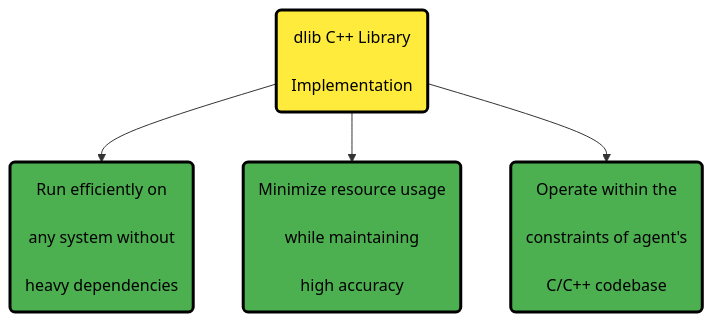
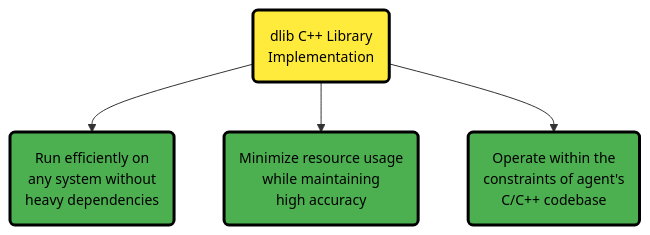
One commit to netdata/netdata changed the first of 3 diagrams in src/ml/ml-configuration.md. Above: the diagram before and after it, drawn with Mermaid. The commit also changed other lines of this file and 21 other files, not shown here.

Commit message:
Fix Mermaid diagrams across multiple files

````diff
--- a/src/ml/ml-configuration.md
+++ b/src/ml/ml-configuration.md
@@ -20,21 +20,22 @@
 ```mermaid
 flowchart TD
-    Dlib("dlib C++ Library<br/><br/>Implementation")
+    Dlib("dlib C++ Library<br/>Implementation")
     
-    Efficiency("Run efficiently on<br/><br/>any system without<br/><br/>heavy dependencies")
-    Resources("Minimize resource usage<br/><br/>while maintaining<br/><br/>high accuracy")
-    Codebase("Operate within the<br/><br/>constraints of agent's<br/><br/>C/C++ codebase")
+    Efficiency("Run efficiently on<br/>any system without<br/>heavy dependencies")
+    Resources("Minimize resource usage<br/>while maintaining<br/>high accuracy")
+    Codebase("Operate within the<br/>constraints of agent's<br/>C/C++ codebase")
     
     Dlib --> Efficiency
     Dlib --> Resources
     Dlib --> Codebase
     
     %% Style definitions
-    classDef neutral fill:#f9f9f9,stroke:#000000,stroke-width:3px,color:#000000,font-size:16px
-    classDef process fill:#ffeb3b,stroke:#000000,stroke-width:3px,color:#000000,font-size:16px
-    classDef complete fill:#4caf50,stroke:#000000,stroke-width:3px,color:#000000,font-size:16px
-    
+    classDef alert fill:#ffeb3b,stroke:#000000,stroke-width:3px,color:#000000,font-size:14px
+    classDef neutral fill:#f9f9f9,stroke:#000000,stroke-width:3px,color:#000000,font-size:14px
+    classDef complete fill:#4caf50,stroke:#000000,stroke-width:3px,color:#000000,font-size:14px
+    classDef database fill:#2196F3,stroke:#000000,stroke-width:3px,color:#000000,font-size:14px
+
     %% Apply styles
-    class Dlib process
+    class Dlib alert
     class Efficiency,Resources,Codebase complete
 ```
````
